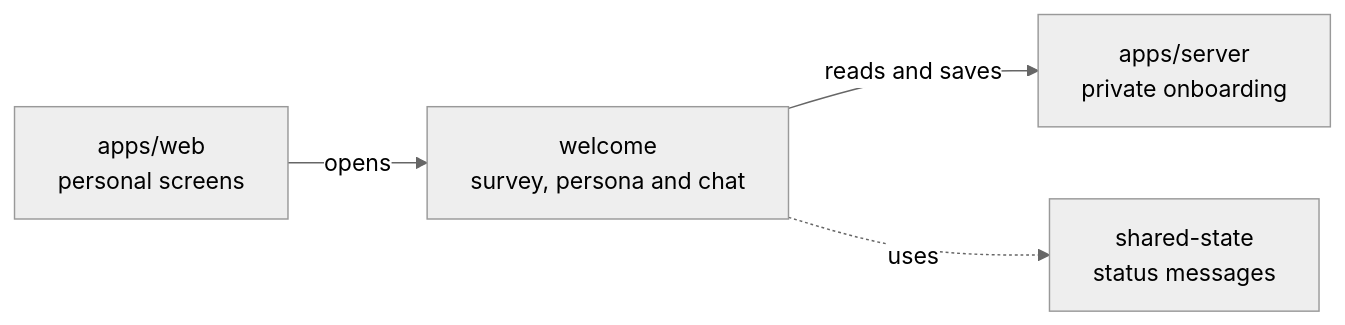
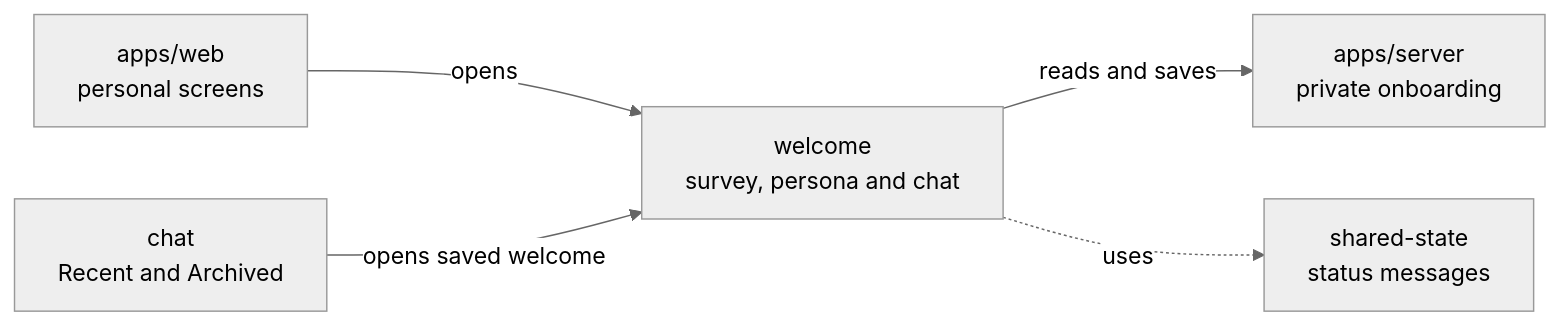
The diagram in apps/web/src/app/welcome/README.md (elewa-git/opencrane-new), drawn with Mermaid (neutral theme) before and after one commit. The commit also changed other lines of this file and 30 other files, not shown here.

First line of the commit message:
👋 Open saved welcomes from Recent and Archived

````diff
--- a/apps/web/src/app/welcome/README.md
+++ b/apps/web/src/app/welcome/README.md
@@ -14,6 +14,7 @@
 ```mermaid
 flowchart LR
   web["apps/web<br/>personal screens"] -->|opens| welcome["welcome<br/>survey, persona and chat"]
   welcome -->|reads and saves| server["apps/server<br/>private onboarding"]
+  chat["chat<br/>Recent and Archived"] -->|opens saved welcome| welcome
   welcome -.->|uses| state["shared-state<br/>status messages"]
 ```
````
